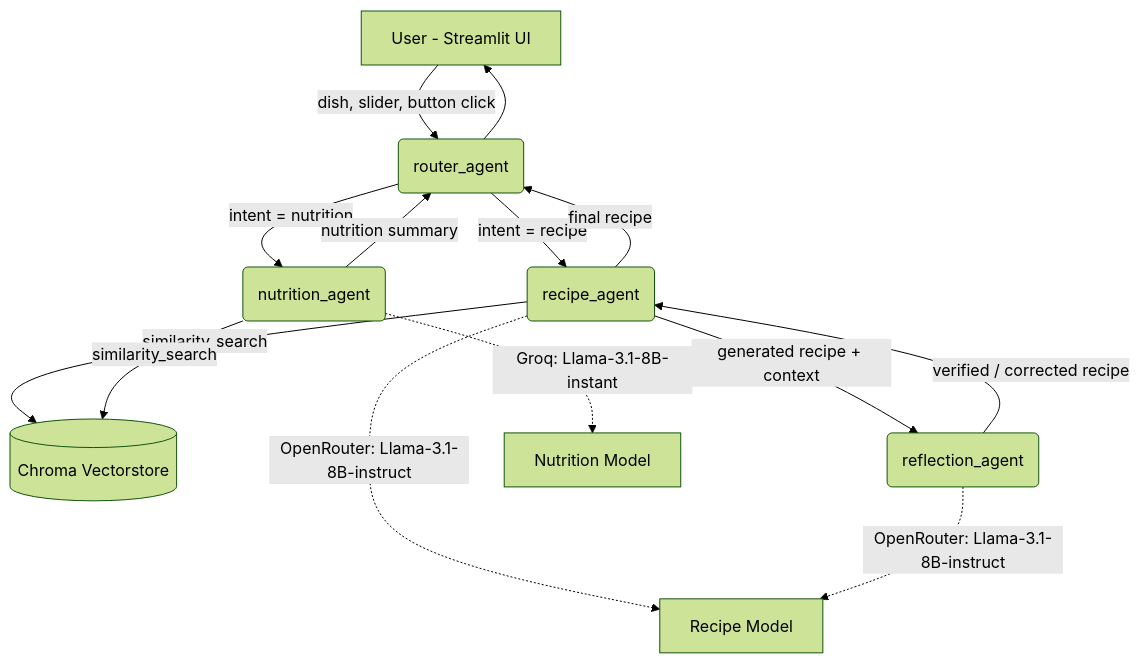
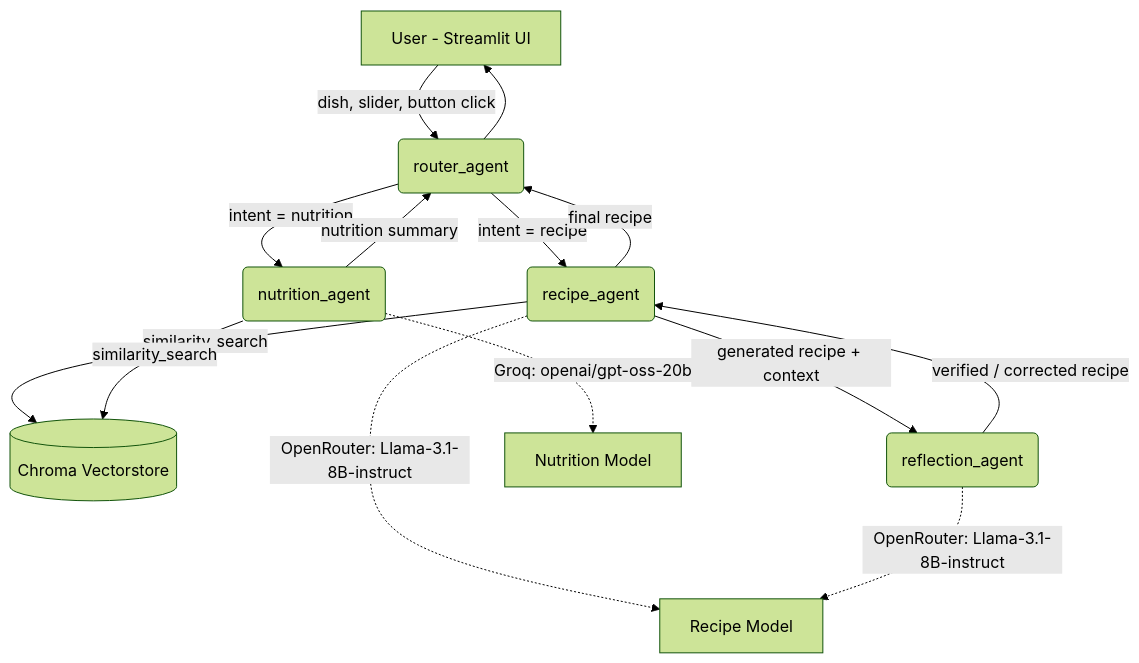
One commit to dilekha2001/sl-flavor-agent changed the first of 2 diagrams in README.md. Above: the diagram before and after it, drawn with Mermaid (forest theme). The commit also changed other lines of this file, not shown here.

First line of the commit message:
Update model references in README.md

````diff
--- a/README.md
+++ b/README.md
@@ -27,22 +27,22 @@
 ```mermaid
 flowchart TD
     U[User - Streamlit UI] -->|dish, slider, button click| R(router_agent)
 
     R -->|intent = recipe| RA(recipe_agent)
     R -->|intent = nutrition| NA(nutrition_agent)
 
     RA -->|similarity_search| VS[(Chroma Vectorstore)]
     NA -->|similarity_search| VS
 
     RA -->|generated recipe + context| SC(reflection_agent)
     SC -->|verified / corrected recipe| RA
 
     NA -->|nutrition summary| R
     RA -->|final recipe| R
 
     R --> U
 
     RA -.->|OpenRouter: Llama-3.1-8B-instruct| M1[Recipe Model]
     SC -.->|OpenRouter: Llama-3.1-8B-instruct| M1
-    NA -.->|Groq: Llama-3.1-8B-instant| M2[Nutrition Model]
+    NA -.->|Groq: openai/gpt-oss-20b| M2[Nutrition Model]
 ```
````
